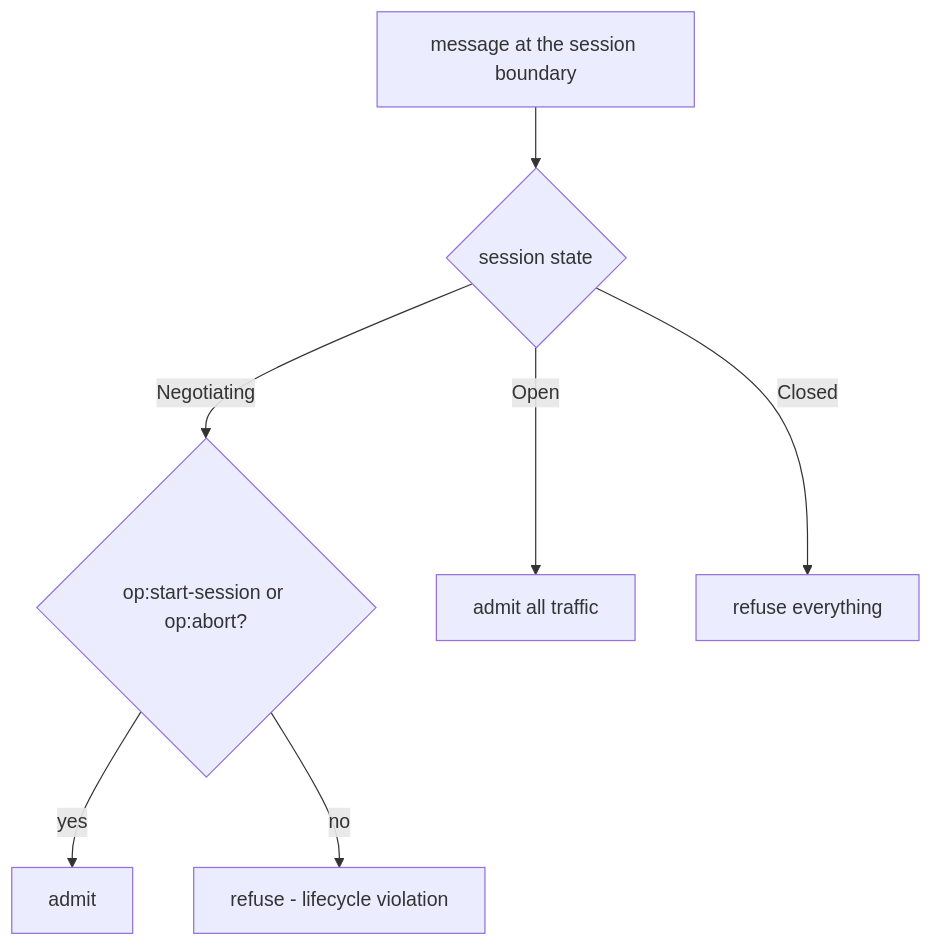
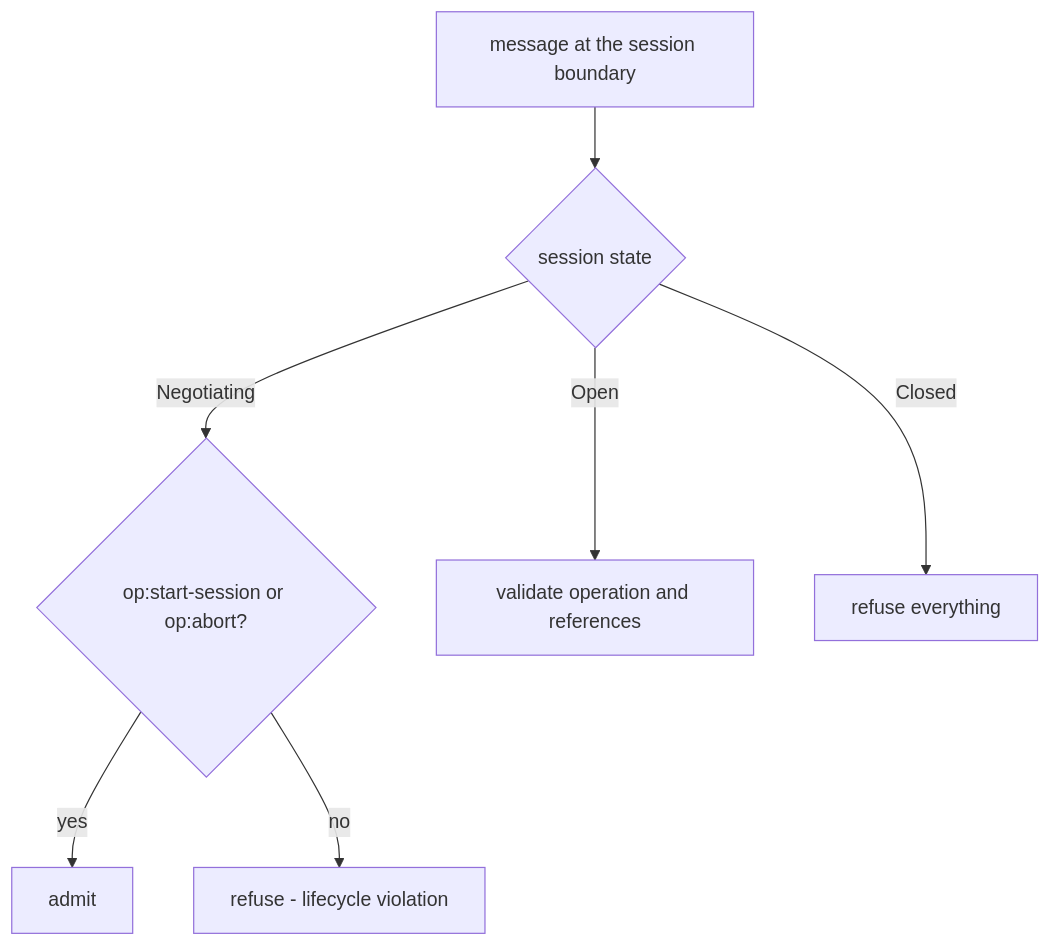
Before and after one commit to glowcap-org/glowcap: the fifth of 6 diagrams in docs/protocol-diagrams/01-session-lifecycle.md, drawn with Mermaid. The commit also changed other lines of this file and 115 other files, not shown here.

````diff
--- a/docs/protocol-diagrams/01-session-lifecycle.md
+++ b/docs/protocol-diagrams/01-session-lifecycle.md
@@ -95,9 +95,9 @@
 ```mermaid
 flowchart TD
     M["message at the session boundary"] --> S{"session state"}
     S -->|Negotiating| N{"op:start-session or op:abort?"}
     N -->|yes| OK1["admit"]
     N -->|no| RF1["refuse - lifecycle violation"]
-    S -->|Open| OK2["admit all traffic"]
+    S -->|Open| OK2["validate operation and references"]
     S -->|Closed| RF3["refuse everything"]
 ```
````
